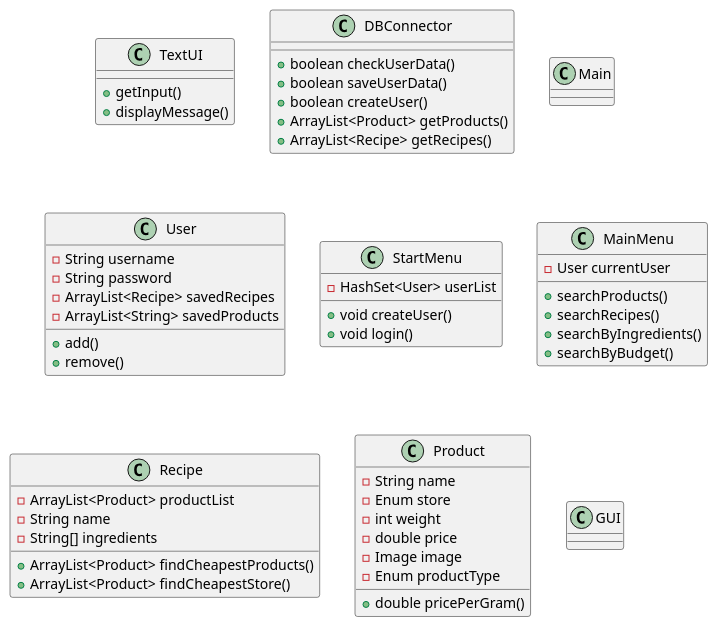
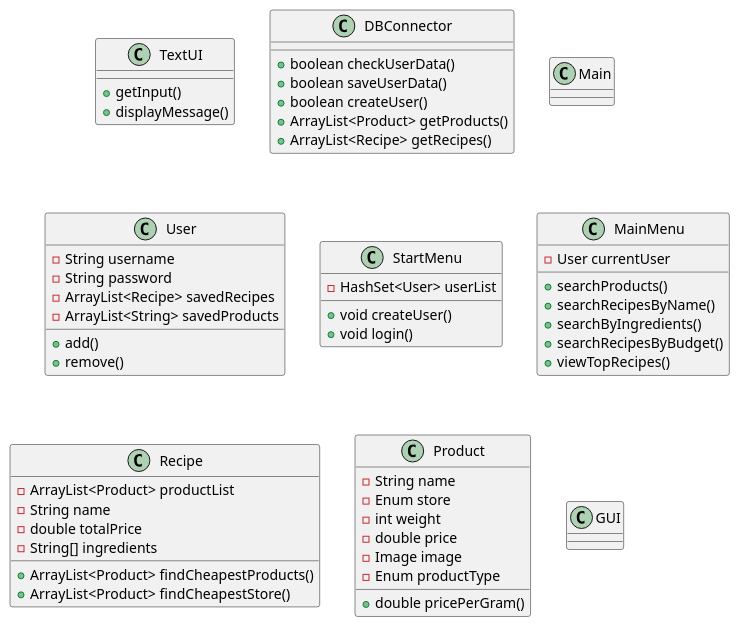
The diagram in .idea/classdiagram_v1.0.puml (LukasRonberg/ICE), drawn with PlantUML before and after one commit. The commit also changed 2 other files, not shown here.

Commit message:
Tilføjede searchRecipeByBudget i MainMenu og tilføjede to getters i Recipe

```diff
--- a/.idea/classdiagram_v1.0.puml
+++ b/.idea/classdiagram_v1.0.puml
@@ -1,56 +1,58 @@
 @startuml
 'https://plantuml.com/class-diagram
 
  Class TextUI
 TextUI : + getInput()
 TextUI : + displayMessage()
 
  Class DBConnector
  DBConnector : + boolean checkUserData()
  DBConnector : + boolean saveUserData()
  DBConnector : + boolean createUser()
  DBConnector : + ArrayList<Product> getProducts()
  DBConnector : + ArrayList<Recipe> getRecipes()
 
  Class Main
 
  Class User
  User : - String username
  User : - String password
  User : - ArrayList<Recipe> savedRecipes
  User : - ArrayList<String> savedProducts
  User : + add()
  User : + remove()
 
  Class StartMenu
  StartMenu : - HashSet<User> userList
  StartMenu : + void createUser()
  StartMenu : + void login()
 
  Class MainMenu
  MainMenu : - User currentUser
  MainMenu : + searchProducts()
- MainMenu : + searchRecipes()
+ MainMenu : + searchRecipesByName()
  MainMenu : + searchByIngredients()
- MainMenu : + searchByBudget()
+ MainMenu : + searchRecipesByBudget()
+ MainMenu : + viewTopRecipes()
 
  Class Recipe
  Recipe : - ArrayList<Product> productList
  Recipe : - String name
+ Recipe : - double totalPrice
  Recipe : - String[] ingredients
  Recipe : + ArrayList<Product> findCheapestProducts()
  Recipe : + ArrayList<Product> findCheapestStore()
 
  Class Product
  Product : - String name
  Product : - Enum store
  Product : - int weight
  Product : - double price
  Product : - Image image
  Product : - Enum productType
  Product : + double pricePerGram()
 
  Class GUI
 
 
 @enduml
```
